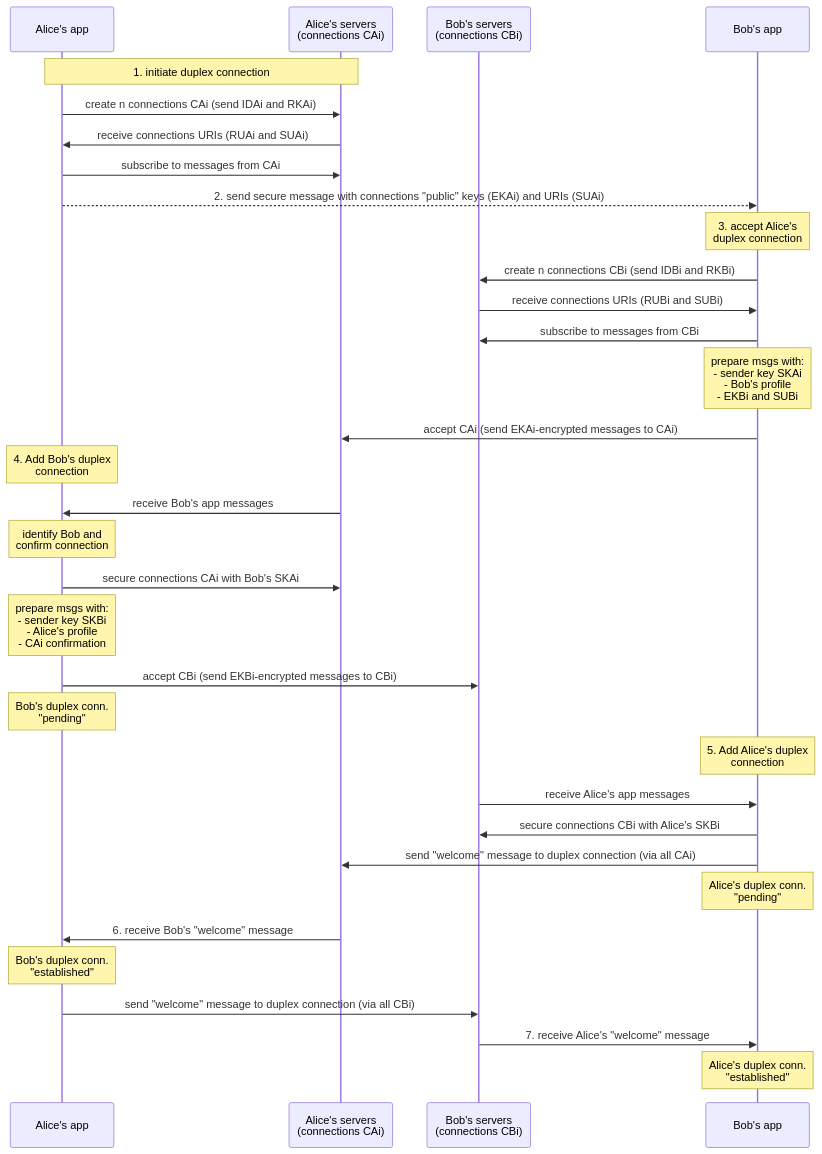
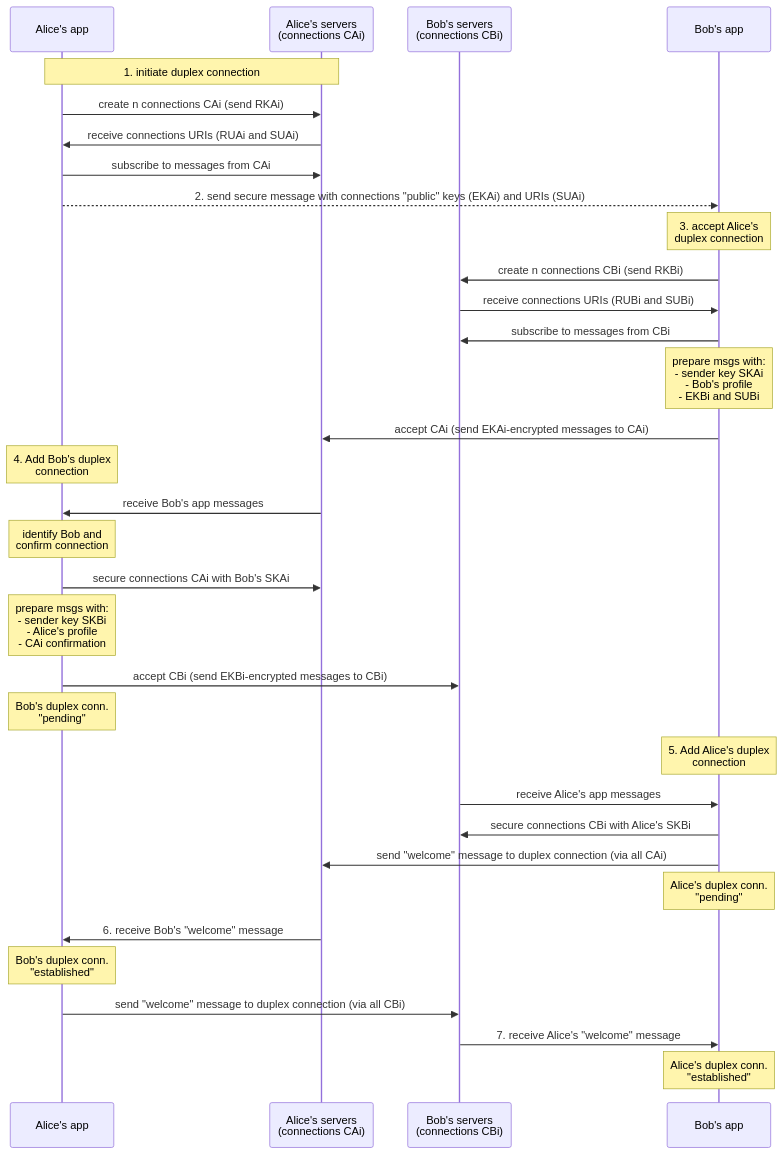
Before and after one commit to simplex-chat/simplex-chat: the diagram in diagrams/graph-chat/duplex-creating.mmd, drawn with Mermaid. The commit also changed 1 other file, not shown here.

Commit message:
docs: update duplex connection diagram to remove connection ID, closes #8

```diff
--- a/diagrams/graph-chat/duplex-creating.mmd
+++ b/diagrams/graph-chat/duplex-creating.mmd
@@ -1,40 +1,40 @@
 sequenceDiagram
   participant A as Alice's app
   participant SA as Alice's servers <br> (connections CAi)
   participant SB as Bob's servers <br> (connections CBi)
   participant B as Bob's app
 
   note over A, SA: 1. initiate duplex connection
-  A ->> SA: create n connections CAi (send IDAi and RKAi)
+  A ->> SA: create n connections CAi (send RKAi)
   SA ->> A: receive connections URIs (RUAi and SUAi)
   A ->> SA: subscribe to messages from CAi
 
   A -->> B: 2. send secure message with connections "public" keys (EKAi) and URIs (SUAi)
 
   note over B: 3. accept Alice's <br> duplex connection
-  B ->> SB: create n connections CBi (send IDBi and RKBi)
+  B ->> SB: create n connections CBi (send RKBi)
   SB ->> B: receive connections URIs (RUBi and SUBi)
   B ->> SB: subscribe to messages from CBi
   note over B: prepare msgs with: <br> - sender key SKAi <br> - Bob's profile <br> - EKBi and SUBi
   B ->> SA: accept CAi (send EKAi-encrypted messages to CAi)
 
   note over A: 4. Add Bob's duplex <br> connection
   SA ->> A: receive Bob's app messages
   note over A: identify Bob and <br> confirm connection
   A ->> SA: secure connections CAi with Bob's SKAi
   note over A: prepare msgs with: <br> - sender key SKBi <br> - Alice's profile <br> - CAi confirmation
   A ->> SB: accept CBi (send EKBi-encrypted messages to CBi)
   note over A: Bob's duplex conn. <br> "pending"
 
   note over B: 5. Add Alice's duplex <br> connection
   SB ->> B: receive Alice's app messages
   B ->> SB: secure connections CBi with Alice's SKBi
   B ->> SA: send "welcome" message to duplex connection (via all CAi)
   note over B: Alice's duplex conn. <br> "pending"
 
   SA ->> A: 6. receive Bob's "welcome" message
   note over A: Bob's duplex conn. <br> "established"
   A ->> SB: send "welcome" message to duplex connection (via all CBi)
 
   SB ->> B: 7. receive Alice's "welcome" message
   note over B: Alice's duplex conn. <br> "established"
```
